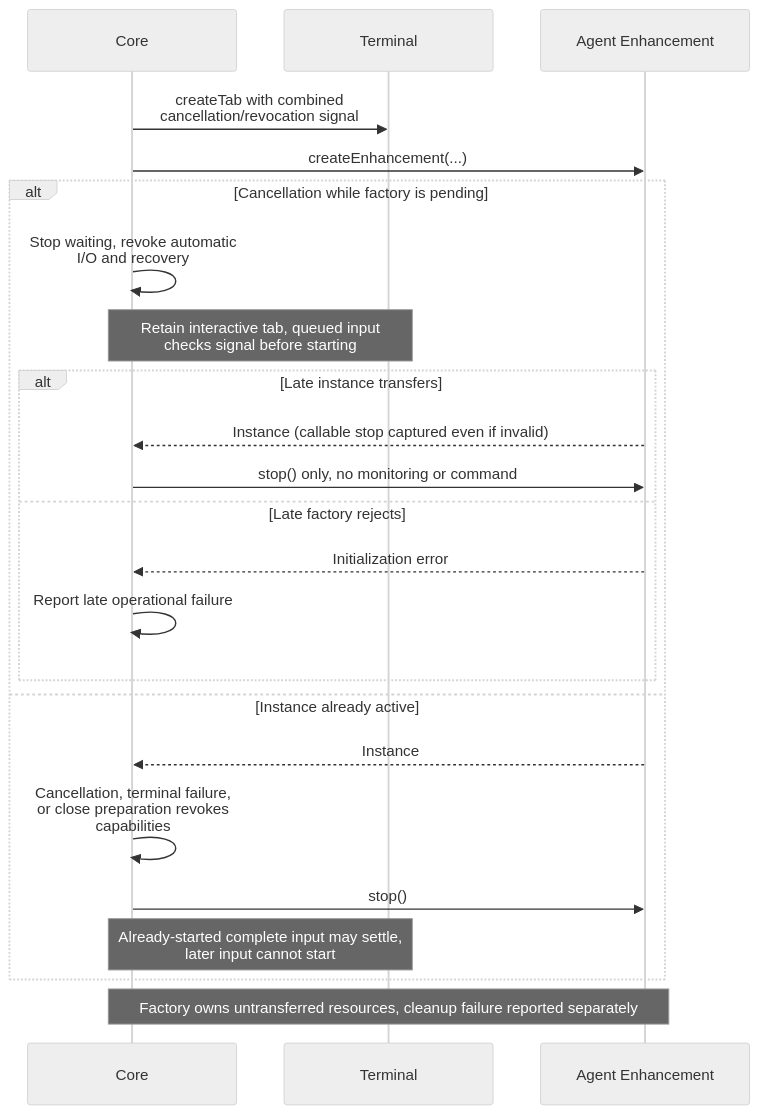
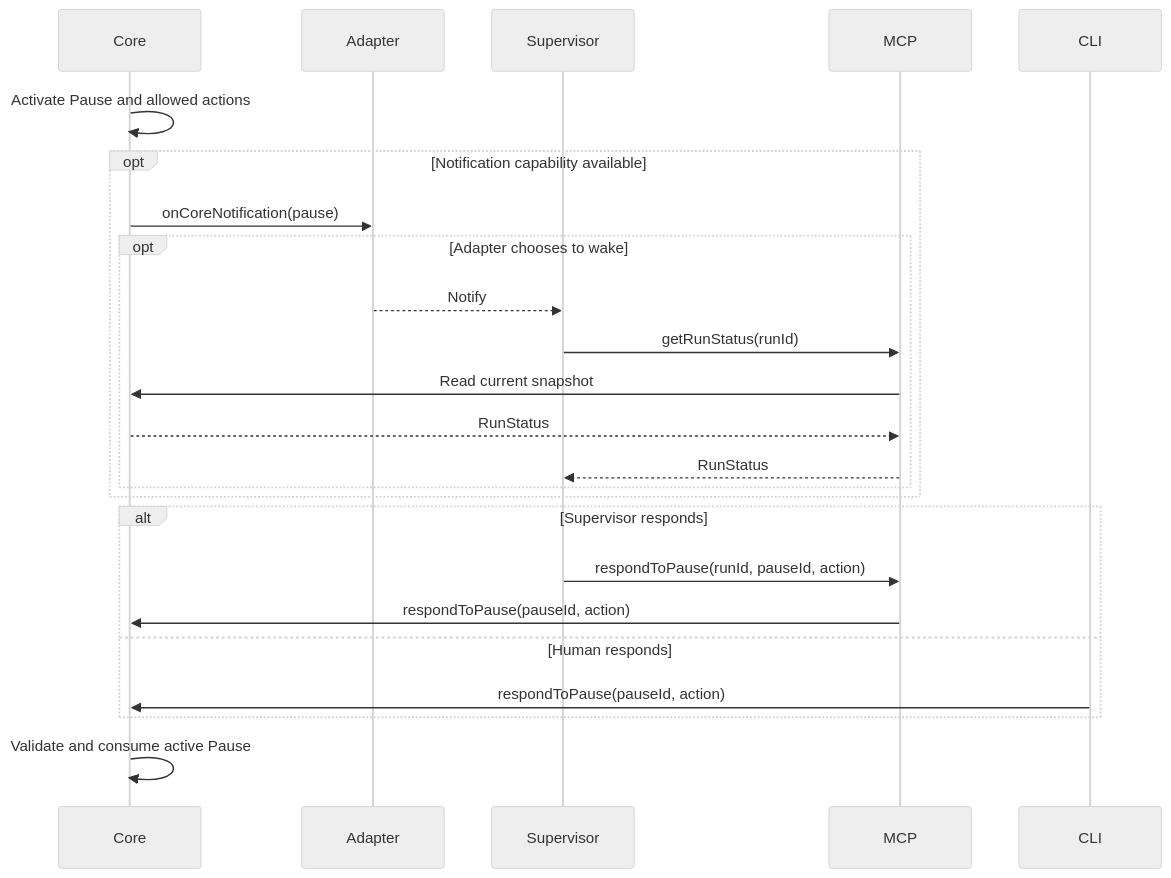
One commit to BuddyLabsCo/issue-runner-core changed the fifth of 6 diagrams in docs/terminal-contract.md. Above: the diagram before and after it, drawn with Mermaid (neutral theme). The commit also changed other lines of this file and 1 other file, not shown here.

````diff
--- a/docs/terminal-contract.md
+++ b/docs/terminal-contract.md
@@ -295,26 +478,26 @@
 ```mermaid
-%%{init: {"sequence": {"width": 220, "wrap": true}}}%%
 sequenceDiagram
     participant Core
-    participant Terminal
-    participant Enhancement as Agent Enhancement
-    Core->>Terminal: createTab with combined cancellation/revocation signal
-    Core->>Enhancement: createEnhancement(...)
-    alt Cancellation while factory is pending
-        Core->>Core: Stop waiting, revoke automatic I/O and recovery
-        Note over Core,Terminal: Retain interactive tab, queued input checks signal before starting
-        alt Late instance transfers
-            Enhancement-->>Core: Instance (callable stop captured even if invalid)
-            Core->>Enhancement: stop() only, no monitoring or command
-        else Late factory rejects
-            Enhancement-->>Core: Initialization error
-            Core->>Core: Report late operational failure
+    participant Adapter
+    participant Supervisor
+    participant MCP
+    participant CLI
+    Core->>Core: Activate Pause and allowed actions
+    opt Notification capability available
+        Core->>Adapter: onCoreNotification(pause)
+        opt Adapter chooses to wake
+            Adapter-->>Supervisor: Notify
+            Supervisor->>MCP: getRunStatus(runId)
+            MCP->>Core: Read current snapshot
+            Core-->>MCP: RunStatus
+            MCP-->>Supervisor: RunStatus
         end
-    else Instance already active
-        Enhancement-->>Core: Instance
-        Core->>Core: Cancellation, terminal failure, or close preparation revokes capabilities
-        Core->>Enhancement: stop()
-        Note over Core,Terminal: Already-started complete input may settle, later input cannot start
     end
-    Note over Core,Enhancement: Factory owns untransferred resources, cleanup failure reported separately
+    alt Supervisor responds
+        Supervisor->>MCP: respondToPause(runId, pauseId, action)
+        MCP->>Core: respondToPause(pauseId, action)
+    else Human responds
+        CLI->>Core: respondToPause(pauseId, action)
+    end
+    Core->>Core: Validate and consume active Pause
 ```
````
